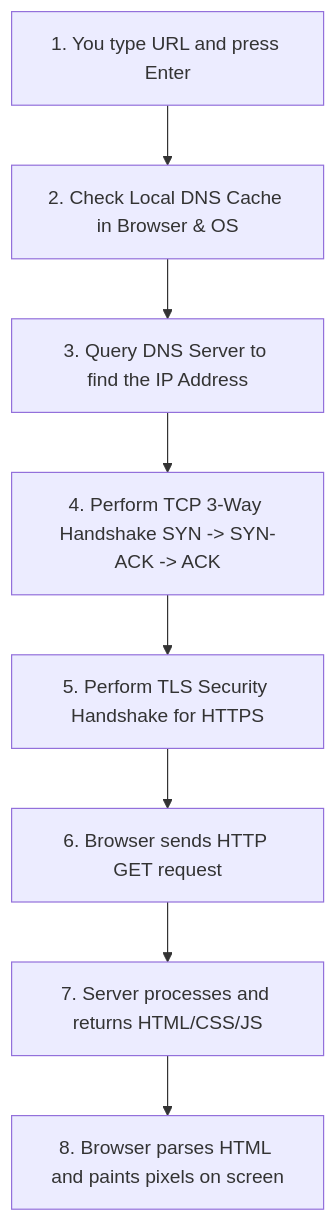
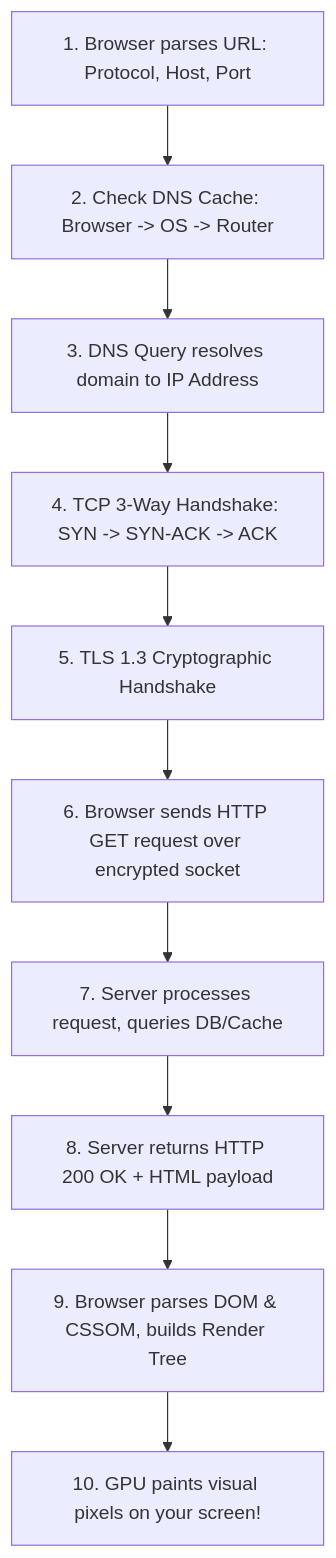
The seventh of 21 diagrams in README.md (Sujalkathait/high-level-design), drawn with Mermaid before and after one commit. The commit also changed other lines of this file, not shown here.

````diff
--- a/README.md
+++ b/README.md
@@ -286,10 +213,12 @@
 ```mermaid
-graph TD
-    A[1. You type URL and press Enter] --> B[2. Check Local DNS Cache in Browser & OS]
-    B --> C[3. Query DNS Server to find the IP Address]
-    C --> D[4. Perform TCP 3-Way Handshake SYN -> SYN-ACK -> ACK]
-    D --> E[5. Perform TLS Security Handshake for HTTPS]
-    E --> F[6. Browser sends HTTP GET request]
-    F --> G[7. Server processes and returns HTML/CSS/JS]
-    G --> H[8. Browser parses HTML and paints pixels on screen]
+flowchart TD
+    Step1[1. Browser parses URL: Protocol, Host, Port] --> Step2[2. Check DNS Cache: Browser -> OS -> Router]
+    Step2 --> Step3[3. DNS Query resolves domain to IP Address]
+    Step3 --> Step4[4. TCP 3-Way Handshake: SYN -> SYN-ACK -> ACK]
+    Step4 --> Step5[5. TLS 1.3 Cryptographic Handshake]
+    Step5 --> Step6[6. Browser sends HTTP GET request over encrypted socket]
+    Step6 --> Step7[7. Server processes request, queries DB/Cache]
+    Step7 --> Step8[8. Server returns HTTP 200 OK + HTML payload]
+    Step8 --> Step9[9. Browser parses DOM & CSSOM, builds Render Tree]
+    Step9 --> Step10[10. GPU paints visual pixels on your screen!]
 ```
````
